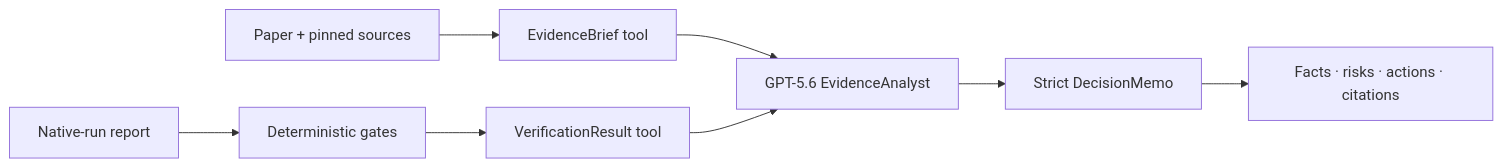
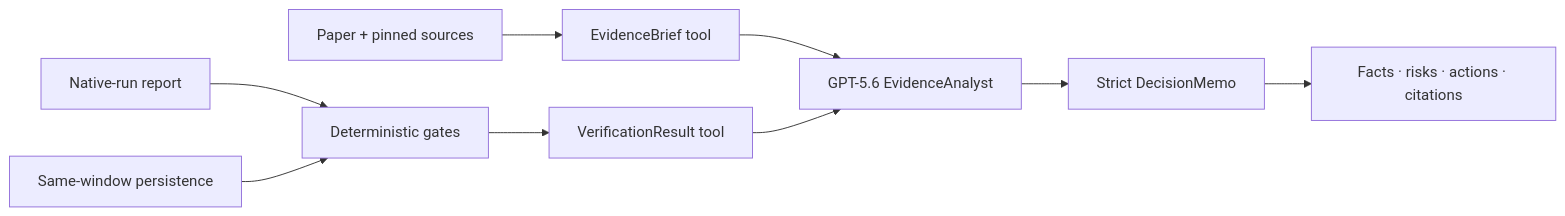
The diagram in docs/BUILD_WEEK_SUBMISSION.md (summerming1/finance-forecast-agent), drawn with Mermaid before and after one commit. The commit also changed other lines of this file and 9 other files, not shown here.

````diff
--- a/docs/BUILD_WEEK_SUBMISSION.md
+++ b/docs/BUILD_WEEK_SUBMISSION.md
@@ -37,10 +41,11 @@
 ```mermaid
 flowchart LR
     A["Paper + pinned sources"] --> B["EvidenceBrief tool"]
     C["Native-run report"] --> D["Deterministic gates"]
+    P["Same-window persistence"] --> D
     D --> E["VerificationResult tool"]
     B --> F["GPT-5.6 EvidenceAnalyst"]
     E --> F
     F --> G["Strict DecisionMemo"]
     G --> H["Facts · risks · actions · citations"]
 ```
````
